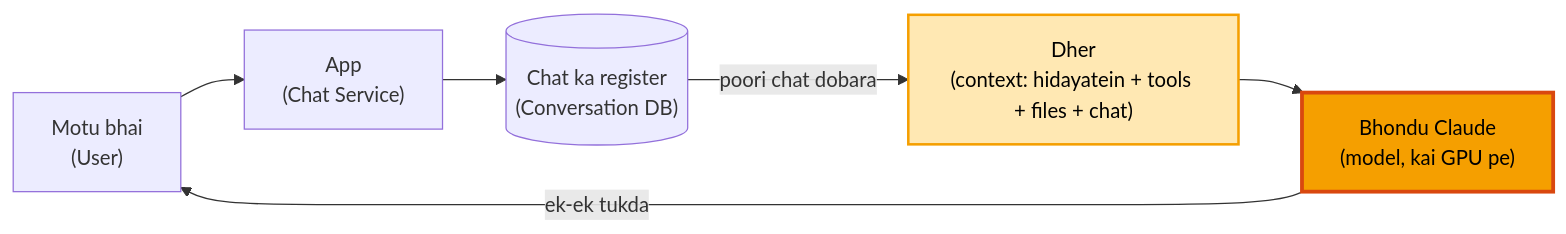
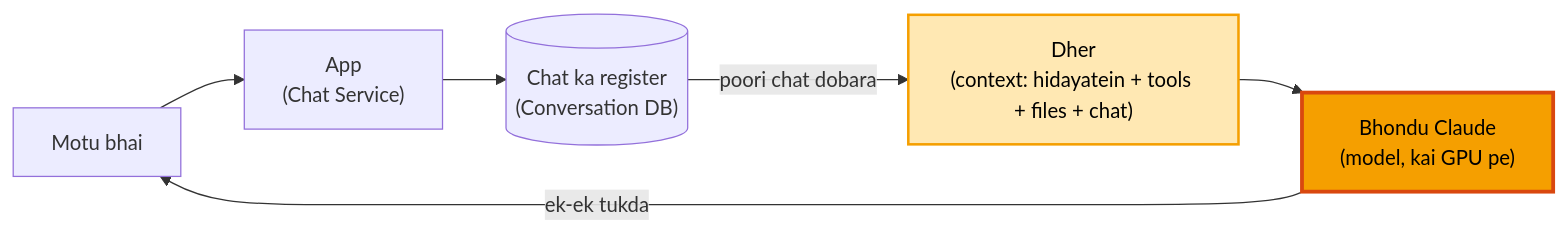
Before and after one commit to ArpanMaheshwari144/Prep: the diagram in 04_HLD/SYSTEM_DESIGNS/18_chatbot/CHATBOT_HAND_NOTES.md, drawn with Mermaid.

Commit message:
Design Claude: diagram me Motu bhai, user nahi

````diff
--- a/04_HLD/SYSTEM_DESIGNS/18_chatbot/CHATBOT_HAND_NOTES.md
+++ b/04_HLD/SYSTEM_DESIGNS/18_chatbot/CHATBOT_HAND_NOTES.md
@@ -6,10 +6,10 @@
 ```mermaid
 flowchart LR
-    A["Motu bhai<br/>(User)"] --> APP["App<br/>(Chat Service)"]
+    A["Motu bhai"] --> APP["App<br/>(Chat Service)"]
     APP --> DB[("Chat ka register<br/>(Conversation DB)")]
     DB -- "poori chat dobara" --> D["Dher<br/>(context: hidayatein + tools + files + chat)"]
     D --> C["Bhondu Claude<br/>(model, kai GPU pe)"]
     C -- "ek-ek tukda" --> A
     style C fill:#f59f00,stroke:#d9480f,stroke-width:3px,color:#000
     style D fill:#ffe8b3,stroke:#f59f00,stroke-width:2px,color:#000
 ```
````
